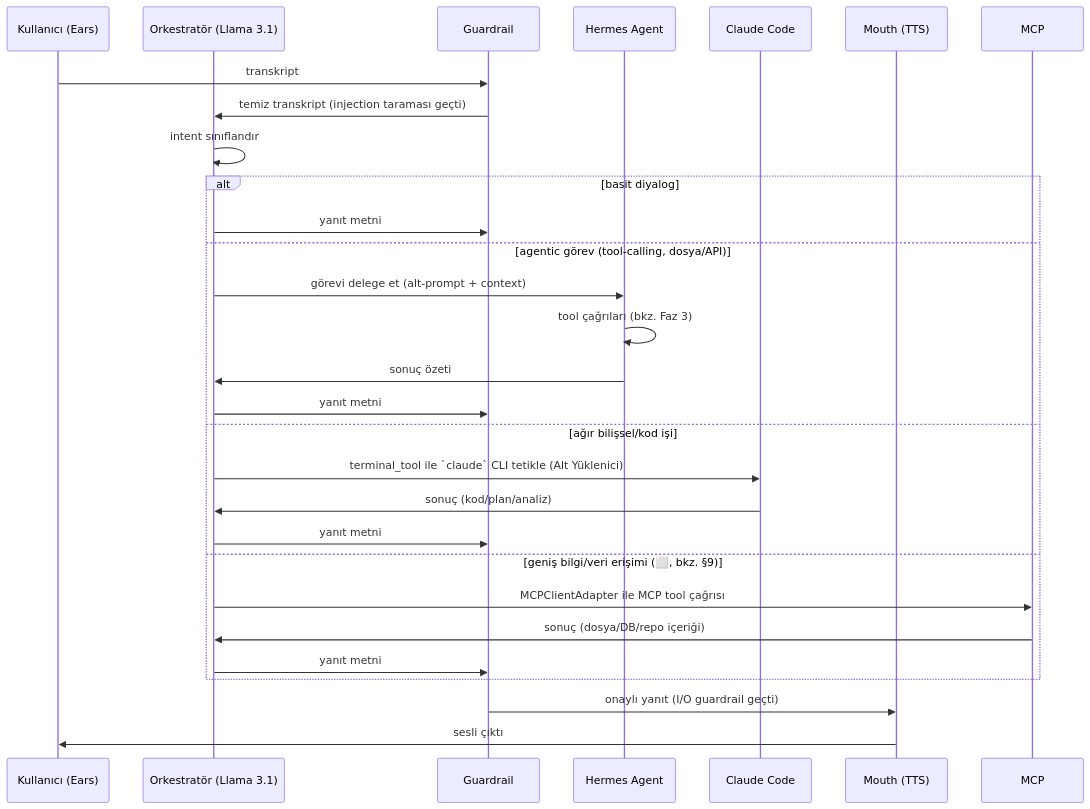
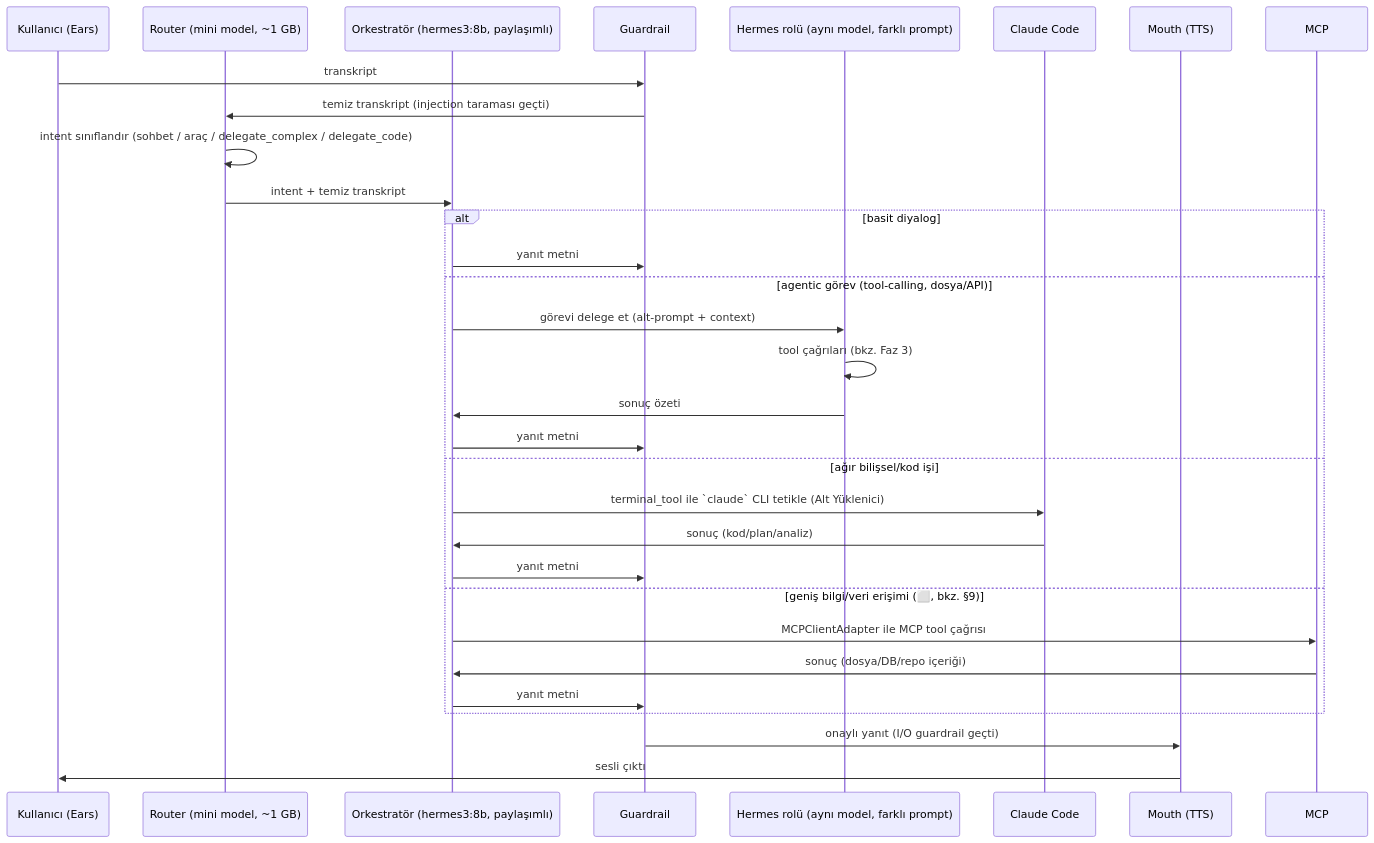
Before and after one commit to MrVoidK/jarvis_project: the fourth of 6 diagrams in docs/ARCHITECTURE.md, drawn with Mermaid. The commit also changed other lines of this file and 6 other files, not shown here.

````diff
--- a/docs/ARCHITECTURE.md
+++ b/docs/ARCHITECTURE.md
@@ -175,31 +180,33 @@
 ```mermaid
 sequenceDiagram
     participant U as Kullanıcı (Ears)
-    participant O as Orkestratör (Llama 3.1)
+    participant R as Router (mini model, ~1 GB)
+    participant O as Orkestratör (hermes3:8b, paylaşımlı)
     participant G as Guardrail
-    participant H as Hermes Agent
+    participant H as Hermes rolü (aynı model, farklı prompt)
     participant C as Claude Code
     participant M as Mouth (TTS)
 
     U->>G: transkript
-    G->>O: temiz transkript (injection taraması geçti)
-    O->>O: intent sınıflandır
+    G->>R: temiz transkript (injection taraması geçti)
+    R->>R: intent sınıflandır (sohbet / araç / delegate_complex / delegate_code)
+    R->>O: intent + temiz transkript
     alt basit diyalog
         O->>G: yanıt metni
     else agentic görev (tool-calling, dosya/API)
         O->>H: görevi delege et (alt-prompt + context)
         H->>H: tool çağrıları (bkz. Faz 3)
         H->>O: sonuç özeti
         O->>G: yanıt metni
     else ağır bilişsel/kod işi
         O->>C: terminal_tool ile `claude` CLI tetikle (Alt Yüklenici)
         C->>O: sonuç (kod/plan/analiz)
         O->>G: yanıt metni
     else geniş bilgi/veri erişimi (⬜, bkz. §9)
         O->>MCP: MCPClientAdapter ile MCP tool çağrısı
         MCP->>O: sonuç (dosya/DB/repo içeriği)
         O->>G: yanıt metni
     end
     G->>M: onaylı yanıt (I/O guardrail geçti)
     M->>U: sesli çıktı
 ```
````
